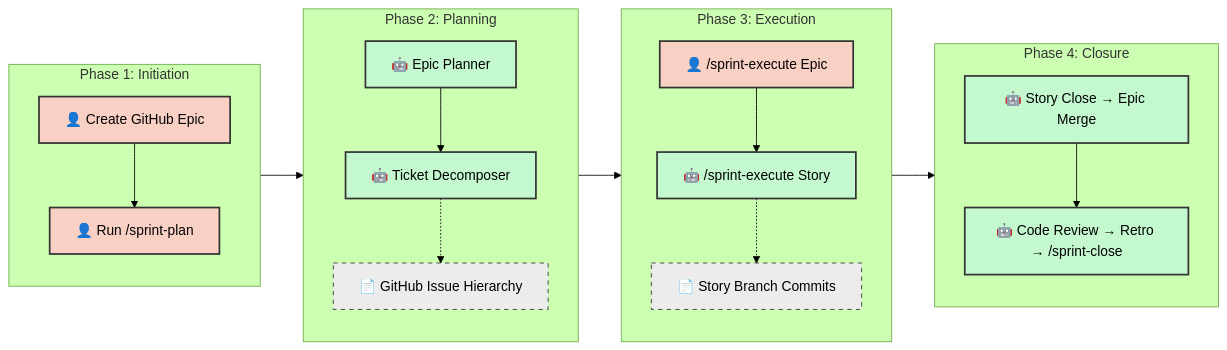
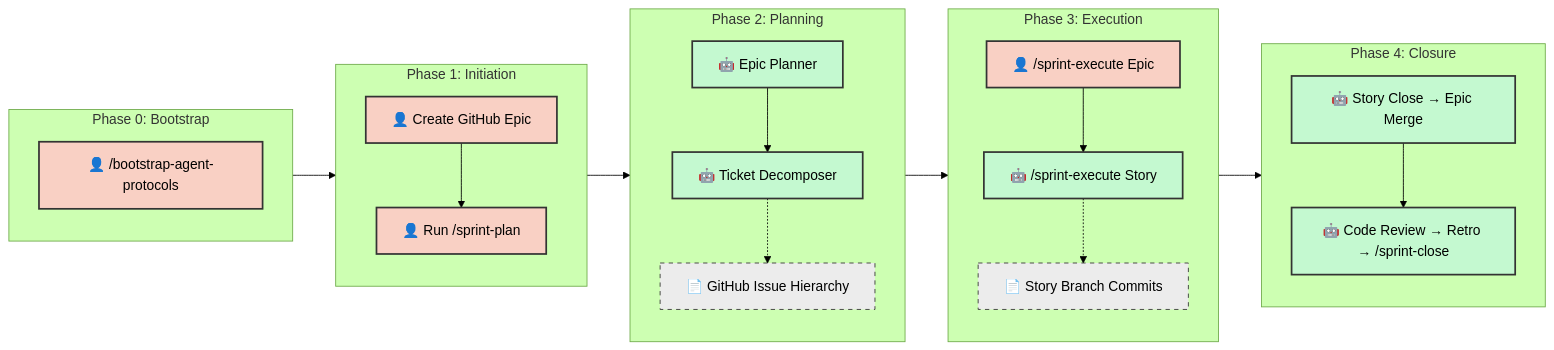
The diagram in .agents/SDLC.md (dsj1984/agent-protocols), drawn with Mermaid (forest theme) before and after one commit. The commit also changed other lines of this file and 1 other file, not shown here.

First line of the commit message:
docs: simplify scripts directory tree and document bootstrap process

````diff
--- a/.agents/SDLC.md
+++ b/.agents/SDLC.md
@@ -27,40 +27,46 @@
 ```mermaid
 graph LR
     classDef manual fill:#f9d0c4,stroke:#333,stroke-width:2px,color:#000;
     classDef agentic fill:#c4f9d0,stroke:#333,stroke-width:2px,color:#000;
     classDef artifact fill:#ececec,stroke:#333,stroke-width:1px,stroke-dasharray: 5 5,color:#000;
+
+    subgraph Phase0 ["Phase 0: Bootstrap"]
+        direction TB
+        Z["👤 /bootstrap-agent-protocols"]:::manual
+    end
 
     subgraph Phase1 ["Phase 1: Initiation"]
         direction TB
         A["👤 Create GitHub Epic"]:::manual
         B["👤 Run /sprint-plan"]:::manual
         A --> B
     end
 
     subgraph Phase2 ["Phase 2: Planning"]
         direction TB
         C["🤖 Epic Planner"]:::agentic
         D["🤖 Ticket Decomposer"]:::agentic
         C --> D
         D -.-> D_Art["📄 GitHub Issue Hierarchy"]:::artifact
     end
 
     subgraph Phase3 ["Phase 3: Execution"]
         direction TB
         E["👤 /sprint-execute Epic"]:::manual
         F["🤖 /sprint-execute Story"]:::agentic
         E --> F
         F -.-> F_Art["📄 Story Branch Commits"]:::artifact
     end
 
     subgraph Phase4 ["Phase 4: Closure"]
         direction TB
         G["🤖 Story Close → Epic Merge"]:::agentic
         H["🤖 Code Review → Retro → /sprint-close"]:::agentic
         G --> H
     end
 
+    Z --> A
     B --> C
     D --> E
     F --> G
 ```
````
